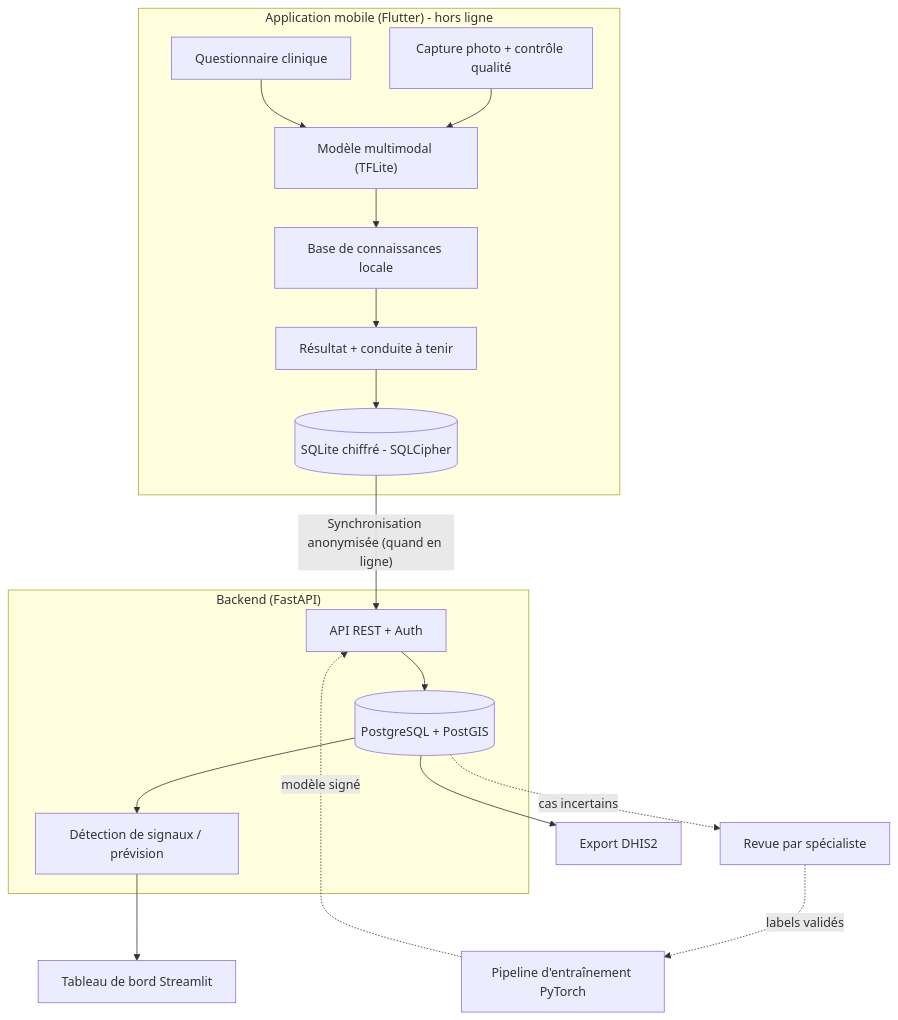
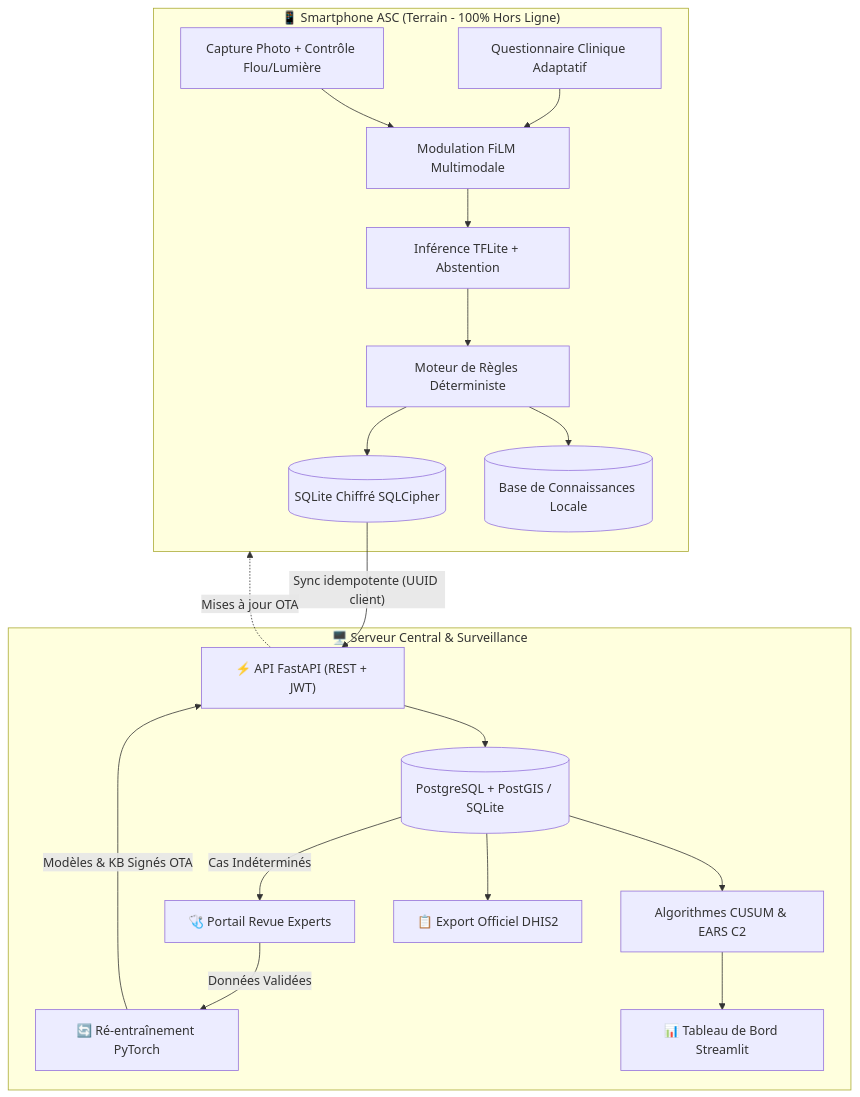
Before and after one commit to DeboraQueen237/DermIA: the diagram in README.md, drawn with Mermaid. The commit also changed other lines of this file and 61 other files, not shown here.

Commit message:
Ajout backend, dashboard, mobile, ML pipeline et base de connaissances

````diff
--- a/README.md
+++ b/README.md
@@ -95,20 +49,25 @@
 ```mermaid
 flowchart TB
-    subgraph Mobile["Application mobile (Flutter) - hors ligne"]
-        CAM[Capture photo + contrôle qualité] --> INF
-        QST[Questionnaire clinique] --> INF
-        INF["Modèle multimodal (TFLite)"] --> KB[Base de connaissances locale]
-        KB --> UI[Résultat + conduite à tenir]
-        UI --> DB[(SQLite chiffré - SQLCipher)]
+    subgraph Terrain["📱 Smartphone ASC (Terrain - 100% Hors Ligne)"]
+        A[Capture Photo + Contrôle Flou/Lumière] --> F[Modulation FiLM Multimodale]
+        Q[Questionnaire Clinique Adaptatif] --> F
+        F --> M[Inférence TFLite + Abstention]
+        M --> R[Moteur de Règles Déterministe]
+        R --> KB[(Base de Connaissances Locale)]
+        R --> D[(SQLite Chiffré SQLCipher)]
     end
-    DB -- "Synchronisation anonymisée (quand en ligne)" --> API
-    subgraph Serveur["Backend (FastAPI)"]
-        API[API REST + Auth] --> PG[(PostgreSQL + PostGIS)]
-        PG --> SURV[Détection de signaux / prévision]
+
+    D -->|"Sync idempotente (UUID client)"| S["⚡ API FastAPI (REST + JWT)"]
+    
+    subgraph Serveur["🖥️ Serveur Central & Surveillance"]
+        S --> P[(PostgreSQL + PostGIS / SQLite)]
+        P --> SURV[Algorithmes CUSUM & EARS C2]
+        SURV --> DASH[📊 Tableau de Bord Streamlit]
+        P --> DHIS2[📋 Export Officiel DHIS2]
+        P -->|Cas Indéterminés| EXP[🩺 Portail Revue Experts]
+        EXP -->|Données Validées| RETRAIN[🔄 Ré-entraînement PyTorch]
+        RETRAIN -->|Modèles & KB Signés OTA| S
     end
-    SURV --> DASH[Tableau de bord Streamlit]
-    PG --> DHIS2[Export DHIS2]
-    PG -. "cas incertains" .-> EXP[Revue par spécialiste]
-    EXP -. "labels validés" .-> TRAIN[Pipeline d'entraînement PyTorch]
-    TRAIN -. "modèle signé" .-> API
+
+    S -.->|Mises à jour OTA| Terrain
 ```
````
